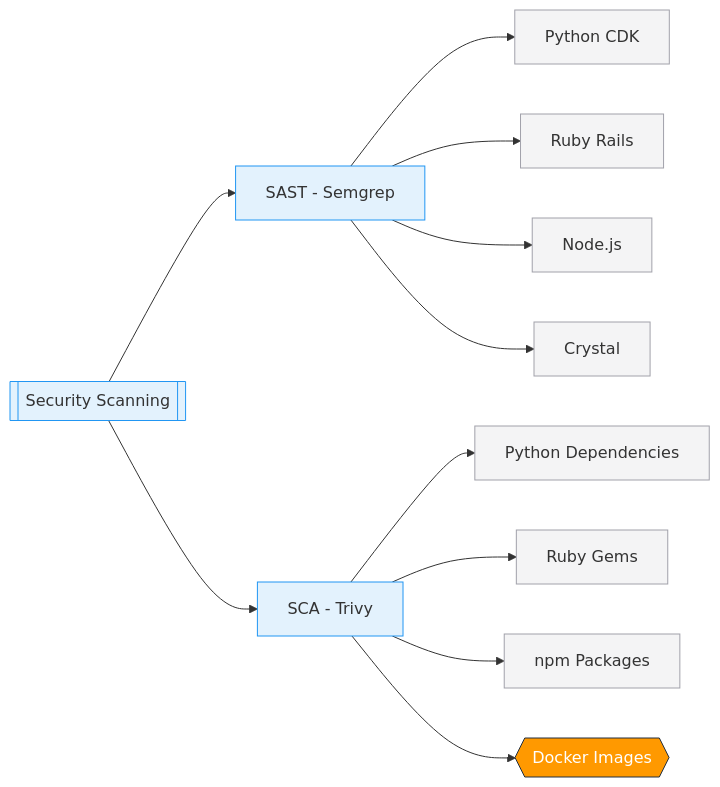
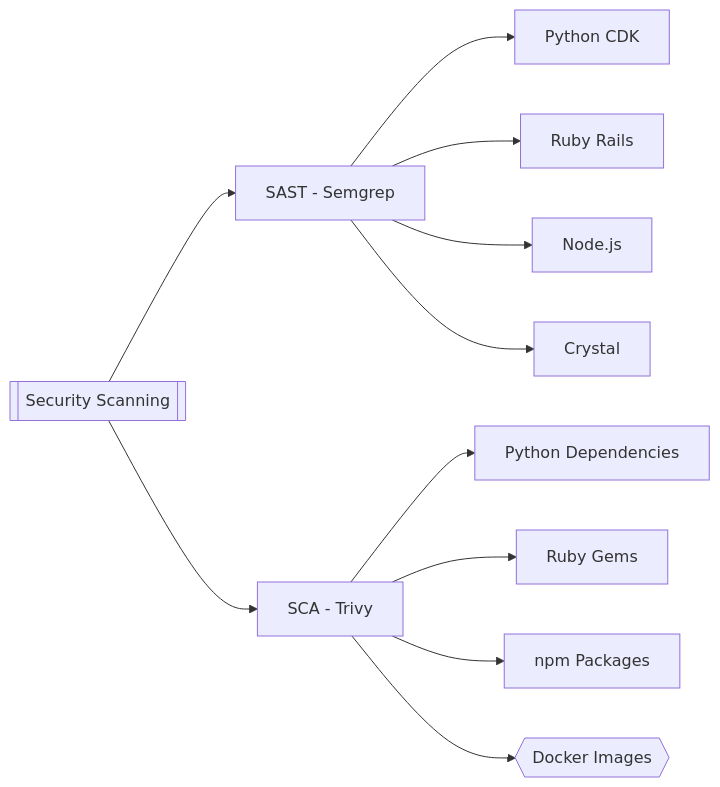
The second of 2 diagrams in .github/SECURITY_WORKFLOW.md (gamaware/system-design-course), drawn with Mermaid before and after one commit. The commit also changed other lines of this file and 6 other files, not shown here.

Commit message:
fix: remove inline colors to respect beautiful-mermaid theme

````diff
--- a/.github/SECURITY_WORKFLOW.md
+++ b/.github/SECURITY_WORKFLOW.md
@@ -57,26 +45,18 @@
 ```mermaid
 graph LR
     A[["Security Scanning"]] --> B["SAST - Semgrep"]
     A --> C["SCA - Trivy"]
 
     %% SAST language coverage
     B --> D["Python CDK"]
     B --> E["Ruby Rails"]
     B --> F["Node.js"]
     B --> G["Crystal"]
 
     %% SCA dependency coverage
     C --> H["Python Dependencies"]
     C --> I["Ruby Gems"]
     C --> J["npm Packages"]
     C --> K{{"Docker Images"}}
 
-    %% Class definitions
-    classDef scanner fill:#E3F2FD,stroke:#2196F3
-    classDef lang fill:#f4f4f5,stroke:#a1a1aa
-    classDef container fill:#ff9900,stroke:#232f3e,color:#fff
-
-    class A,B,C scanner
-    class D,E,F,G,H,I,J lang
-    class K container
 ```
````
